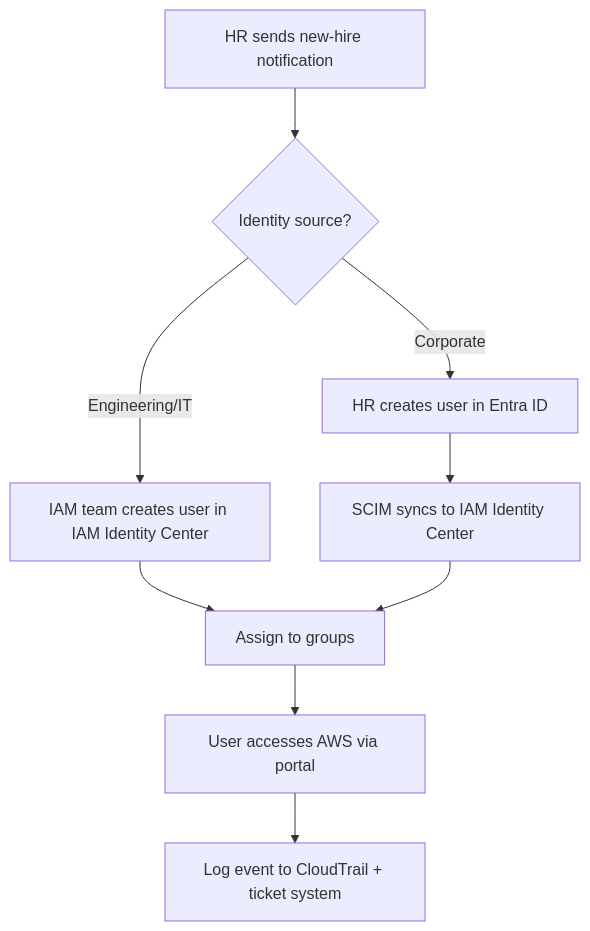
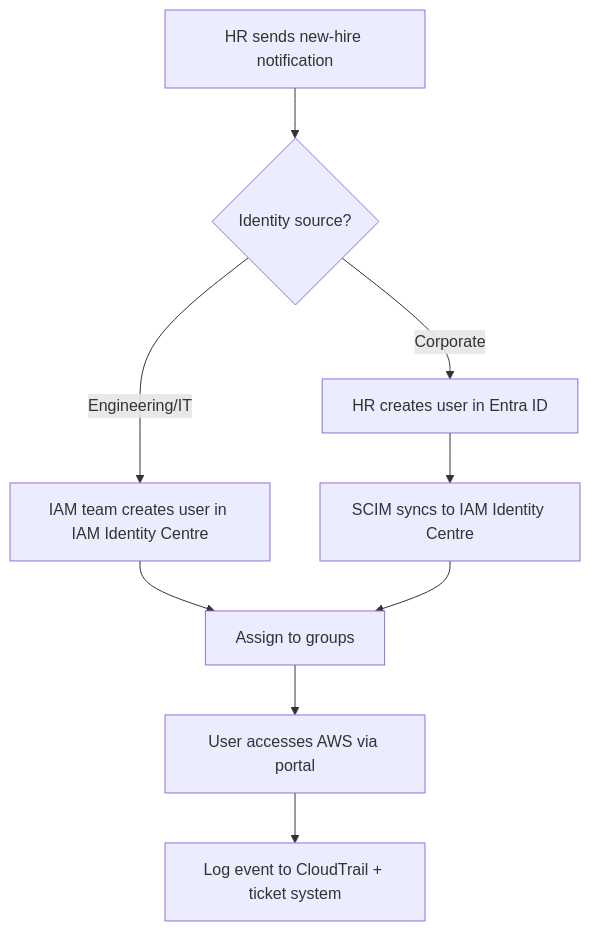
The first of 3 diagrams in InnoGrid_Solutions/01-user-lifecycle/design.md (MikeEmpire1/iam-engineer-works), drawn with Mermaid before and after one commit. The commit also changed other lines of this file and 30 other files, not shown here.

````diff
--- a/InnoGrid_Solutions/01-user-lifecycle/design.md
+++ b/InnoGrid_Solutions/01-user-lifecycle/design.md
@@ -51,11 +51,11 @@
 ```mermaid
 flowchart TD
     A[HR sends new-hire notification] --> B{Identity source?}
-    B -->|Engineering/IT| C[IAM team creates user in IAM Identity Center]
+    B -->|Engineering/IT| C[IAM team creates user in IAM Identity Centre]
     B -->|Corporate| D[HR creates user in Entra ID]
-    D --> E[SCIM syncs to IAM Identity Center]
+    D --> E[SCIM syncs to IAM Identity Centre]
     C --> F[Assign to groups]
     E --> F
     F --> G[User accesses AWS via portal]
     G --> H[Log event to CloudTrail + ticket system]
 ```
````
